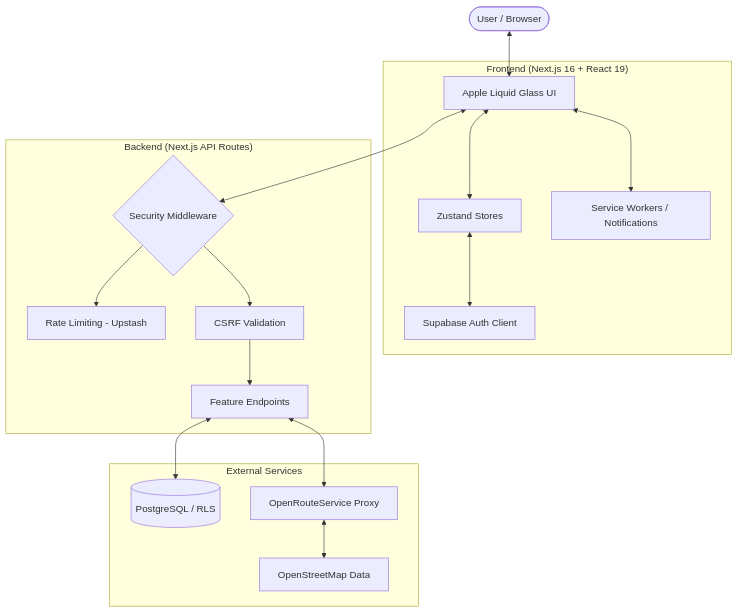
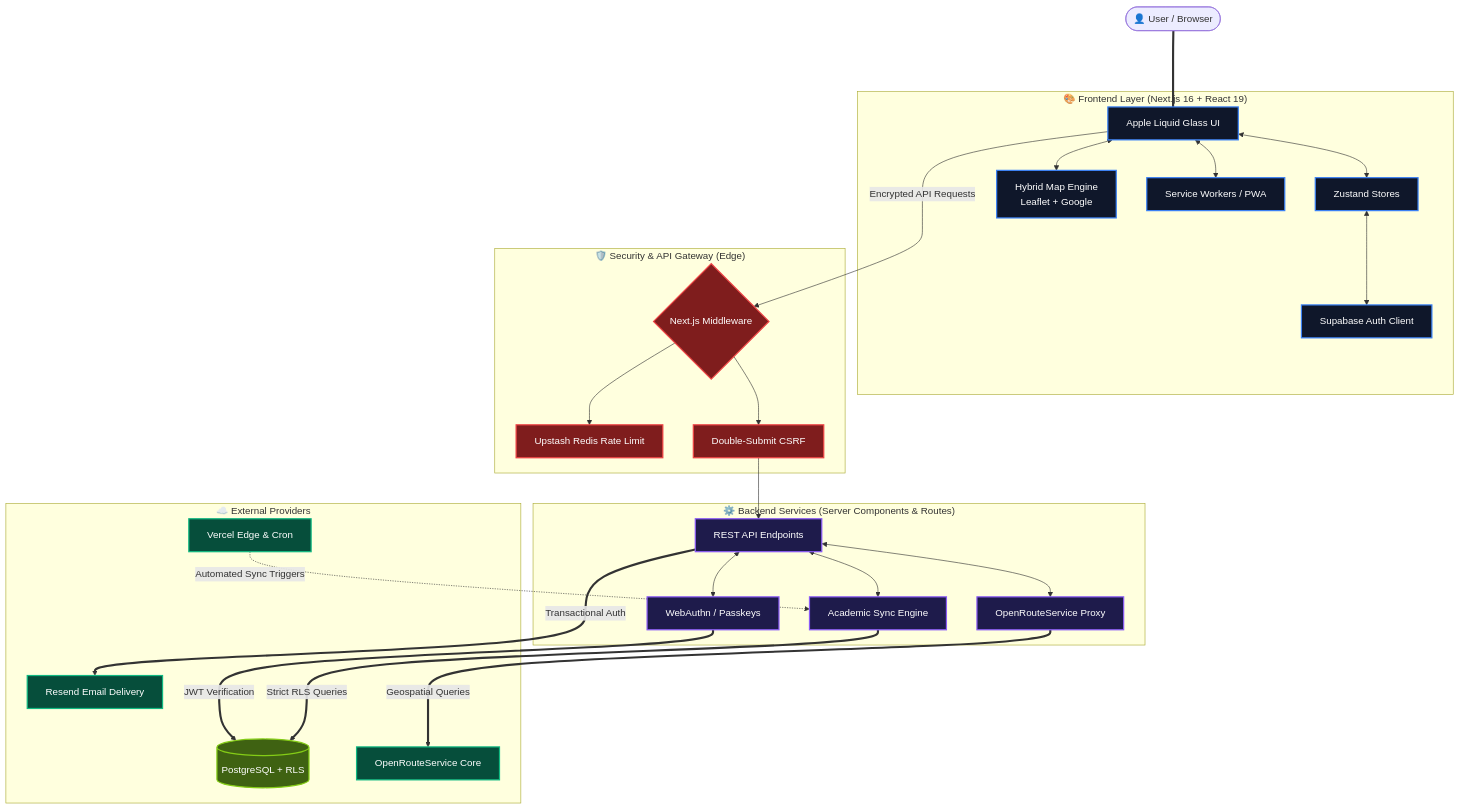
The diagram in README.md (Raoof128/Syllabus-Sync), drawn with Mermaid before and after one commit. The commit also changed other lines of this file and 8 other files, not shown here.

Commit message:
feat: Enhance map navigation with real-time location tracking and throttling, alongside minor MFA enrollment and logging improvements.

````diff
--- a/README.md
+++ b/README.md
@@ -24,38 +24,60 @@
 ```mermaid
-graph TD
-    User([User / Browser])
+flowchart TD
+    classDef frontend fill:#0f172a,stroke:#3b82f6,stroke-width:2px,color:#fff
+    classDef backend fill:#1e1b4b,stroke:#8b5cf6,stroke-width:2px,color:#fff
+    classDef external fill:#064e3b,stroke:#10b981,stroke-width:2px,color:#fff
+    classDef db fill:#3f6212,stroke:#84cc16,stroke-width:2px,color:#fff
+    classDef security fill:#7f1d1d,stroke:#ef4444,stroke-width:2px,color:#fff
 
-    subgraph "Frontend (Next.js 16 + React 19)"
-        UI[Apple Liquid Glass UI]
-        State[Zustand Stores]
-        Auth[Supabase Auth Client]
-        SW[Service Workers / Notifications]
+    User([👤 User / Browser])
+
+    subgraph FE ["🎨 Frontend Layer (Next.js 16 + React 19)"]
+        UI[Apple Liquid Glass UI]:::frontend
+        State[Zustand Stores]:::frontend
+        Auth[Supabase Auth Client]:::frontend
+        Navigation[Hybrid Map Engine\nLeaflet + Google]:::frontend
+        SW[Service Workers / PWA]:::frontend
     end
 
-    subgraph "Backend (Next.js API Routes)"
-        Middleware{Security Middleware}
-        RL[Rate Limiting - Upstash]
-        CSRF[CSRF Validation]
-        API[Feature Endpoints]
+    subgraph Gateway ["🛡️ Security & API Gateway (Edge)"]
+        Middleware{Next.js Middleware}:::security
+        RL[Upstash Redis Rate Limit]:::security
+        CSRF[Double-Submit CSRF]:::security
     end
 
-    subgraph "External Services"
-        Supabase[(PostgreSQL / RLS)]
-        ORS[OpenRouteService Proxy]
-        OSM[OpenStreetMap Data]
+    subgraph BE ["⚙️ Backend Services (Server Components & Routes)"]
+        API_Routes[REST API Endpoints]:::backend
+        Auth_Handler[WebAuthn / Passkeys]:::backend
+        Map_Proxy[OpenRouteService Proxy]:::backend
+        Sync_Engine[Academic Sync Engine]:::backend
     end
 
-    User <--> UI
+    subgraph Services ["☁️ External Providers"]
+        Supabase[(PostgreSQL + RLS)]:::db
+        ORS[OpenRouteService Core]:::external
+        Resend[Resend Email Delivery]:::external
+        Vercel[Vercel Edge & Cron]:::external
+    end
+
+    %% Connections
+    User ==== UI
     UI <--> State
+    UI <--> Navigation
     State <--> Auth
     UI <--> SW
 
-    UI <--> Middleware
+    UI --->|Encrypted API Requests| Middleware
     Middleware --> RL
     Middleware --> CSRF
-    CSRF --> API
+    CSRF --> API_Routes
 
-    API <--> Supabase
-    API <--> ORS
-    ORS <--> OSM
+    API_Routes <--> Auth_Handler
+    API_Routes <--> Map_Proxy
+    API_Routes <--> Sync_Engine
+
+    Auth_Handler ===>|JWT Verification| Supabase
+    Sync_Engine ===>|Strict RLS Queries| Supabase
+    Map_Proxy ===>|Geospatial Queries| ORS
+    API_Routes ===>|Transactional Auth| Resend
+    Vercel -.->|Automated Sync Triggers| Sync_Engine
 ```
````
